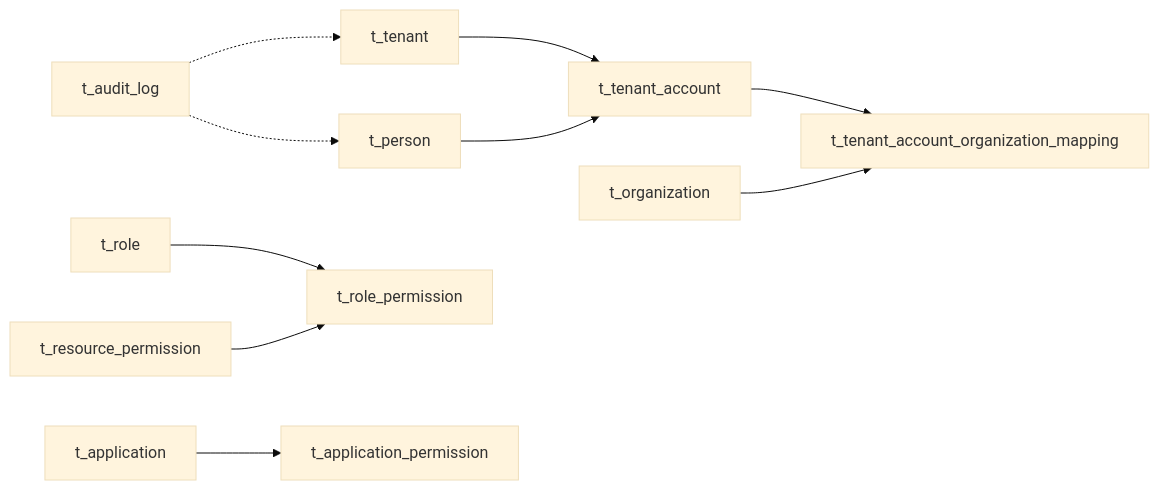
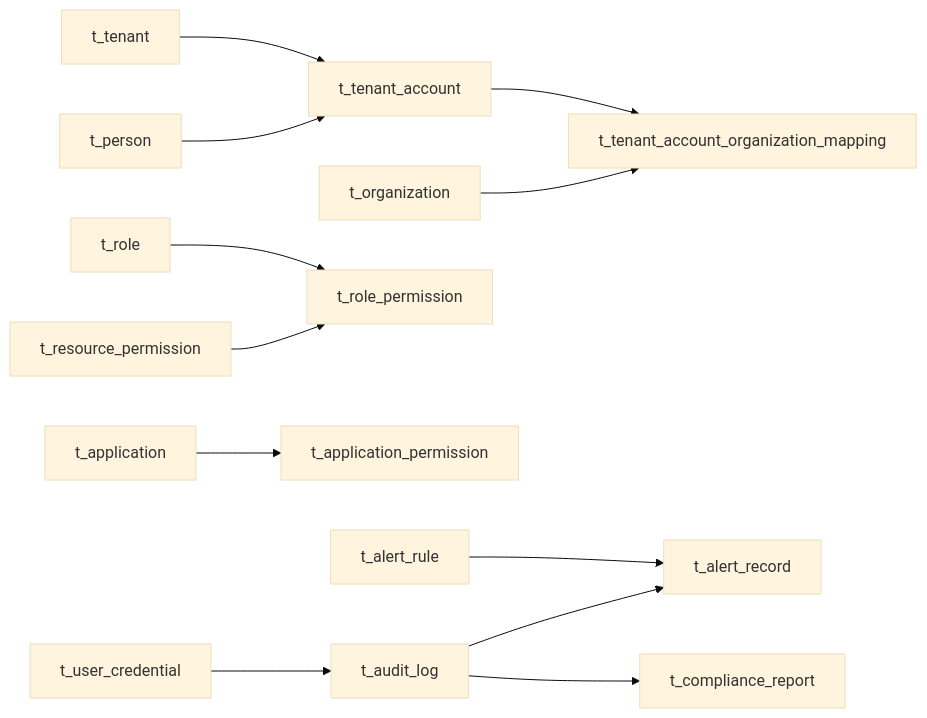
The tenth of 10 diagrams in .qoder/repowiki/zh/content/数据库设计/数据库架构/数据库架构.md (fq0121104930716/iam-platform), drawn with Mermaid (base theme) before and after one commit. The commit also changed other lines of this file and 46 other files, not shown here.

````diff
--- a/.qoder/repowiki/zh/content/数据库设计/数据库架构/数据库架构.md
+++ b/.qoder/repowiki/zh/content/数据库设计/数据库架构/数据库架构.md
@@ -390,12 +632,14 @@
 ```mermaid
 graph LR
 Tenant["t_tenant"] --> TenantAccount["t_tenant_account"]
 Person["t_person"] --> TenantAccount
 TenantAccount --> OrgMap["t_tenant_account_organization_mapping"]
 Org["t_organization"] --> OrgMap
 Role["t_role"] --> RolePerm["t_role_permission"]
 ResPerm["t_resource_permission"] --> RolePerm
 App["t_application"] --> AppPerm["t_application_permission"]
-Audit["t_audit_log"] -.-> Person
-Audit -.-> Tenant
+UserCredential["t_user_credential"] --> AuditLog["t_audit_log"]
+AlertRule["t_alert_rule"] --> AlertRecord["t_alert_record"]
+AuditLog --> AlertRecord
+AuditLog --> ComplianceReport["t_compliance_report"]
 ```
````
